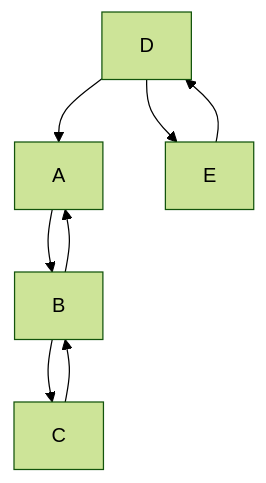
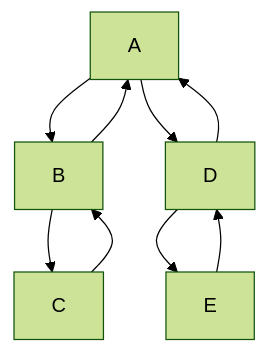
The diagram in discipinas/introducao-inteligencia-artificial/tarefa-grafo/README.md (tarsislimadev/entregaveis-fatec), drawn with Mermaid (forest theme) before and after one commit. The commit also changed 1 other file, not shown here.

````diff
--- a/discipinas/introducao-inteligencia-artificial/tarefa-grafo/README.md
+++ b/discipinas/introducao-inteligencia-artificial/tarefa-grafo/README.md
@@ -3,10 +3,11 @@
 ```mermaid
 graph TD;
     A-->B;
+    A-->D;
     B-->A;
     B-->C;
     C-->B;
     D-->A;
     D-->E;
     E-->D;
 ```
````
